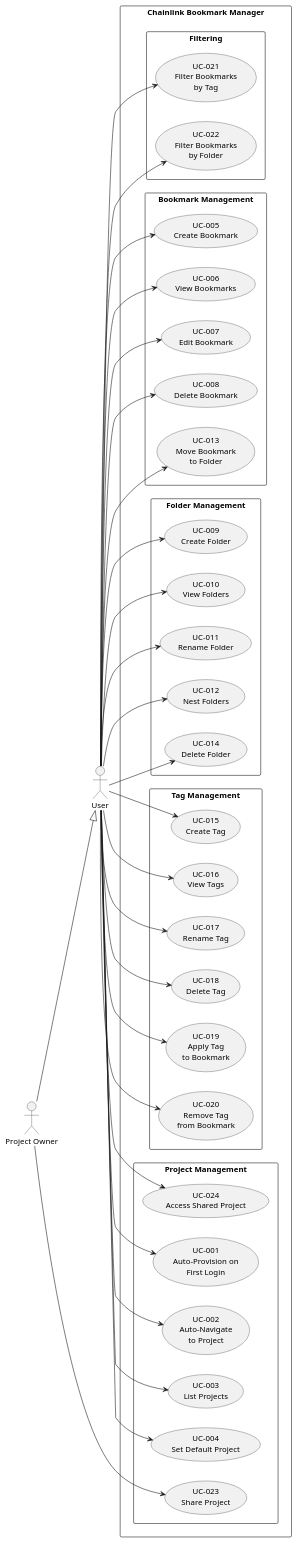
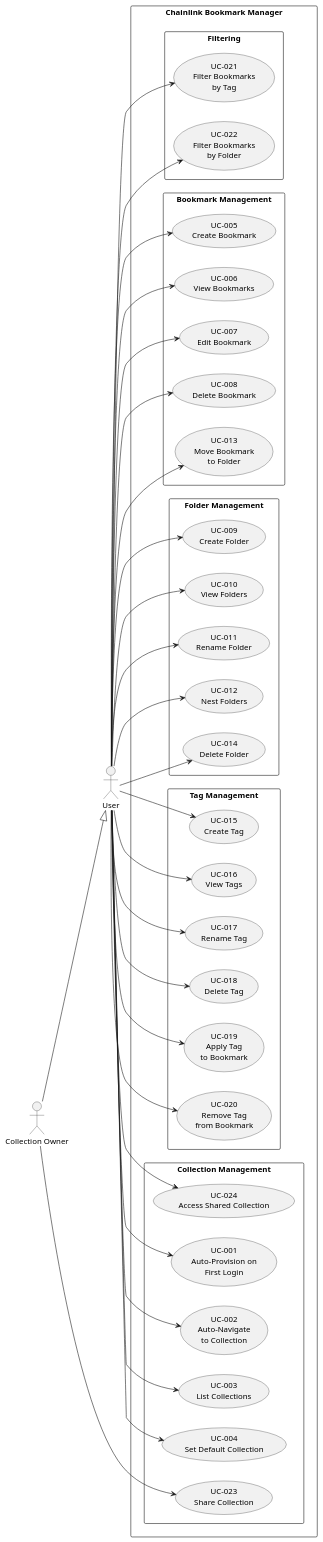
One commit to linkweave/linkweave changed the diagram in docs/use_cases.puml. Above: the diagram before and after it, drawn with PlantUML. The commit also changed 14 other files, not shown here.

```diff
--- a/docs/use_cases.puml
+++ b/docs/use_cases.puml
@@ -1,85 +1,85 @@
 @startuml Chainlink Use Cases
 left to right direction
 
 actor "User" as user
-actor "Project Owner" as owner
+actor "Collection Owner" as owner
 
 owner --|> user
 
 rectangle "Chainlink Bookmark Manager" {
 
-    rectangle "Project Management" {
+    rectangle "Collection Management" {
         usecase "UC-001\nAuto-Provision on\nFirst Login" as UC001
-        usecase "UC-002\nAuto-Navigate\nto Project" as UC002
-        usecase "UC-003\nList Projects" as UC003
-        usecase "UC-004\nSet Default Project" as UC004
-        usecase "UC-023\nShare Project" as UC023
-        usecase "UC-024\nAccess Shared Project" as UC024
+        usecase "UC-002\nAuto-Navigate\nto Collection" as UC002
+        usecase "UC-003\nList Collections" as UC003
+        usecase "UC-004\nSet Default Collection" as UC004
+        usecase "UC-023\nShare Collection" as UC023
+        usecase "UC-024\nAccess Shared Collection" as UC024
     }
 
     rectangle "Bookmark Management" {
         usecase "UC-005\nCreate Bookmark" as UC005
         usecase "UC-006\nView Bookmarks" as UC006
         usecase "UC-007\nEdit Bookmark" as UC007
         usecase "UC-008\nDelete Bookmark" as UC008
         usecase "UC-013\nMove Bookmark\nto Folder" as UC013
     }
 
     rectangle "Folder Management" {
         usecase "UC-009\nCreate Folder" as UC009
         usecase "UC-010\nView Folders" as UC010
         usecase "UC-011\nRename Folder" as UC011
         usecase "UC-012\nNest Folders" as UC012
         usecase "UC-014\nDelete Folder" as UC014
     }
 
     rectangle "Tag Management" {
         usecase "UC-015\nCreate Tag" as UC015
         usecase "UC-016\nView Tags" as UC016
         usecase "UC-017\nRename Tag" as UC017
         usecase "UC-018\nDelete Tag" as UC018
         usecase "UC-019\nApply Tag\nto Bookmark" as UC019
         usecase "UC-020\nRemove Tag\nfrom Bookmark" as UC020
     }
 
     rectangle "Filtering" {
         usecase "UC-021\nFilter Bookmarks\nby Tag" as UC021
         usecase "UC-022\nFilter Bookmarks\nby Folder" as UC022
     }
 }
 
-' Project Management
+' Collection Management
 user --> UC001
 user --> UC002
 user --> UC003
 user --> UC004
 owner --> UC023
 user --> UC024
 
 ' Bookmark Management
 user --> UC005
 user --> UC006
 user --> UC007
 user --> UC008
 user --> UC013
 
 ' Folder Management
 user --> UC009
 user --> UC010
 user --> UC011
 user --> UC012
 user --> UC014
 
 ' Tag Management
 user --> UC015
 user --> UC016
 user --> UC017
 user --> UC018
 user --> UC019
 user --> UC020
 
 ' Filtering
 user --> UC021
 user --> UC022
 
 @enduml
```
